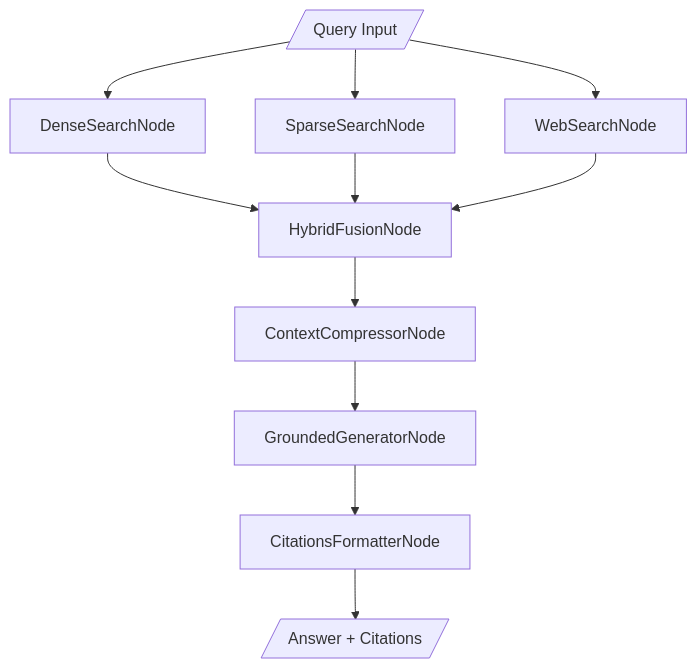
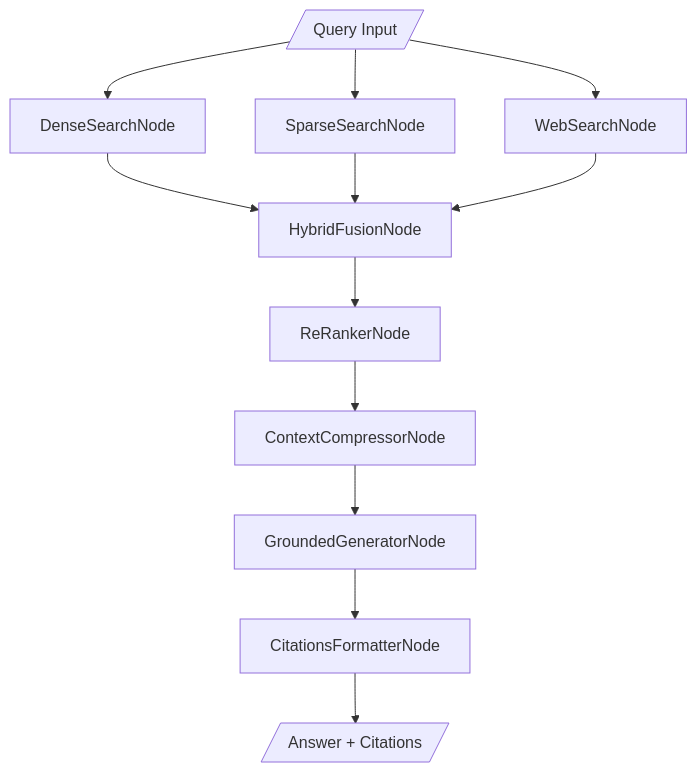
Before and after one commit to ShaojieJiang/orcheo: the third of 6 diagrams in docs/conversational_search/demo_design.md, drawn with Mermaid. The commit also changed other lines of this file and 7 other files, not shown here.

````diff
--- a/docs/conversational_search/demo_design.md
+++ b/docs/conversational_search/demo_design.md
@@ -174,16 +174,17 @@
 ```mermaid
 graph TD
     Query[/Query Input/]
     Query --> DenseSearch[DenseSearchNode]
     Query --> SparseSearch[SparseSearchNode]
     Query --> WebSearch[WebSearchNode]
 
     DenseSearch --> Fusion[HybridFusionNode]
     SparseSearch --> Fusion
     WebSearch --> Fusion
 
-    Fusion --> Compressor[ContextCompressorNode]
+    Fusion --> ReRanker[ReRankerNode]
+    ReRanker --> Compressor[ContextCompressorNode]
     Compressor --> Generator[GroundedGeneratorNode]
     Generator --> Citations[CitationsFormatterNode]
     Citations --> Output[/Answer + Citations/]
 ```
````
